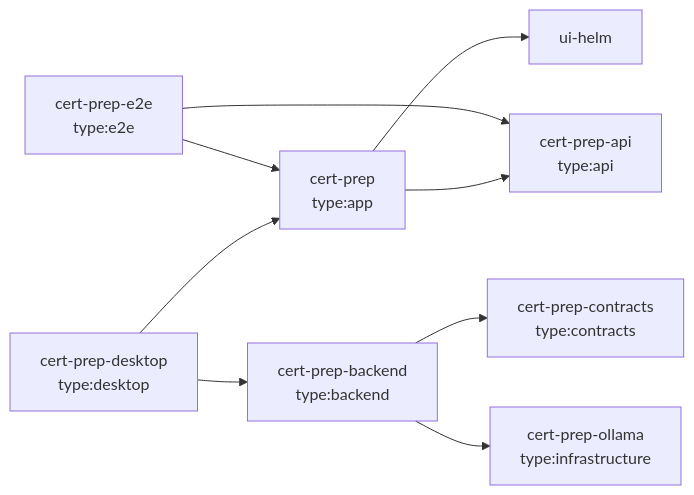
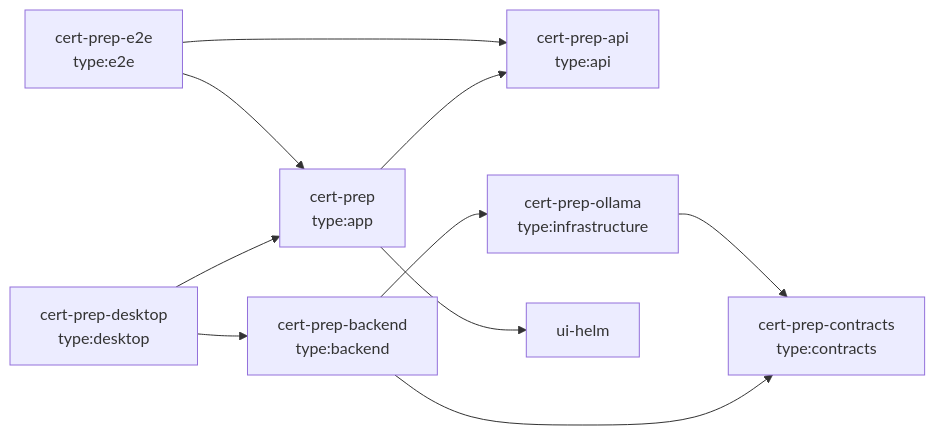
One commit to WodenWang820118/cert-prep changed the diagram in docs/architecture/projects.md. Above: the diagram before and after it, drawn with Mermaid. The commit also changed 7 other files, not shown here.

````diff
--- a/docs/architecture/projects.md
+++ b/docs/architecture/projects.md
@@ -6,19 +6,20 @@
 ```mermaid
 flowchart LR
   n_cert_prep["cert-prep<br/>type:app"]
   n_cert_prep_api["cert-prep-api<br/>type:api"]
   n_cert_prep_backend["cert-prep-backend<br/>type:backend"]
   n_cert_prep_contracts["cert-prep-contracts<br/>type:contracts"]
   n_cert_prep_desktop["cert-prep-desktop<br/>type:desktop"]
   n_cert_prep_e2e["cert-prep-e2e<br/>type:e2e"]
   n_cert_prep_ollama["cert-prep-ollama<br/>type:infrastructure"]
   n_ui_helm["ui-helm"]
   n_cert_prep --> n_cert_prep_api
   n_cert_prep --> n_ui_helm
   n_cert_prep_backend --> n_cert_prep_contracts
   n_cert_prep_backend --> n_cert_prep_ollama
   n_cert_prep_desktop --> n_cert_prep
   n_cert_prep_desktop --> n_cert_prep_backend
   n_cert_prep_e2e --> n_cert_prep
   n_cert_prep_e2e --> n_cert_prep_api
+  n_cert_prep_ollama --> n_cert_prep_contracts
 ```
````
